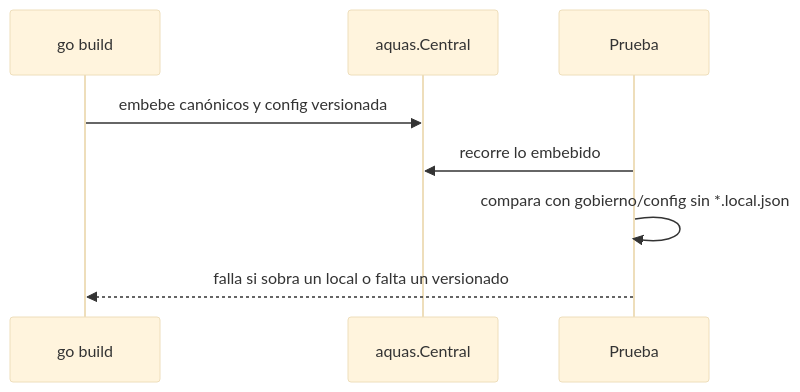
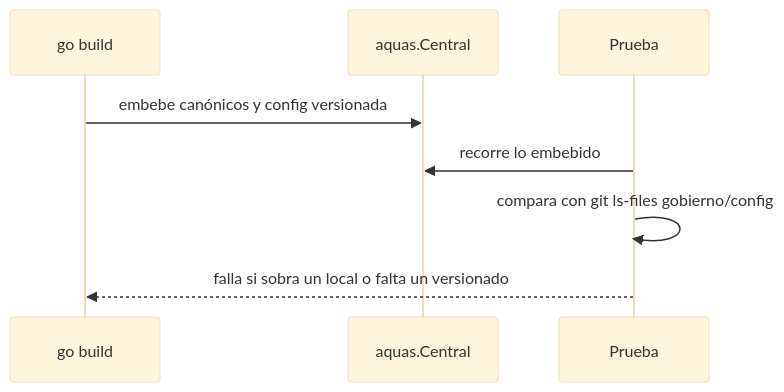
Before and after one commit to jliberal-aquas/aquas-central-harness-government: the diagram in docs/E003/F001/S001.md, drawn with Mermaid (base theme). The commit also changed other lines of this file and 8 other files, not shown here.

````diff
--- a/docs/E003/F001/S001.md
+++ b/docs/E003/F001/S001.md
@@ -52,10 +52,10 @@
 ```mermaid
 sequenceDiagram
     participant B as go build
     participant C as aquas.Central
     participant P as Prueba
     B->>C: embebe canónicos y config versionada
     P->>C: recorre lo embebido
-    P->>P: compara con gobierno/config sin *.local.json
+    P->>P: compara con git ls-files gobierno/config
     P-->>B: falla si sobra un local o falta un versionado
 ```
````
